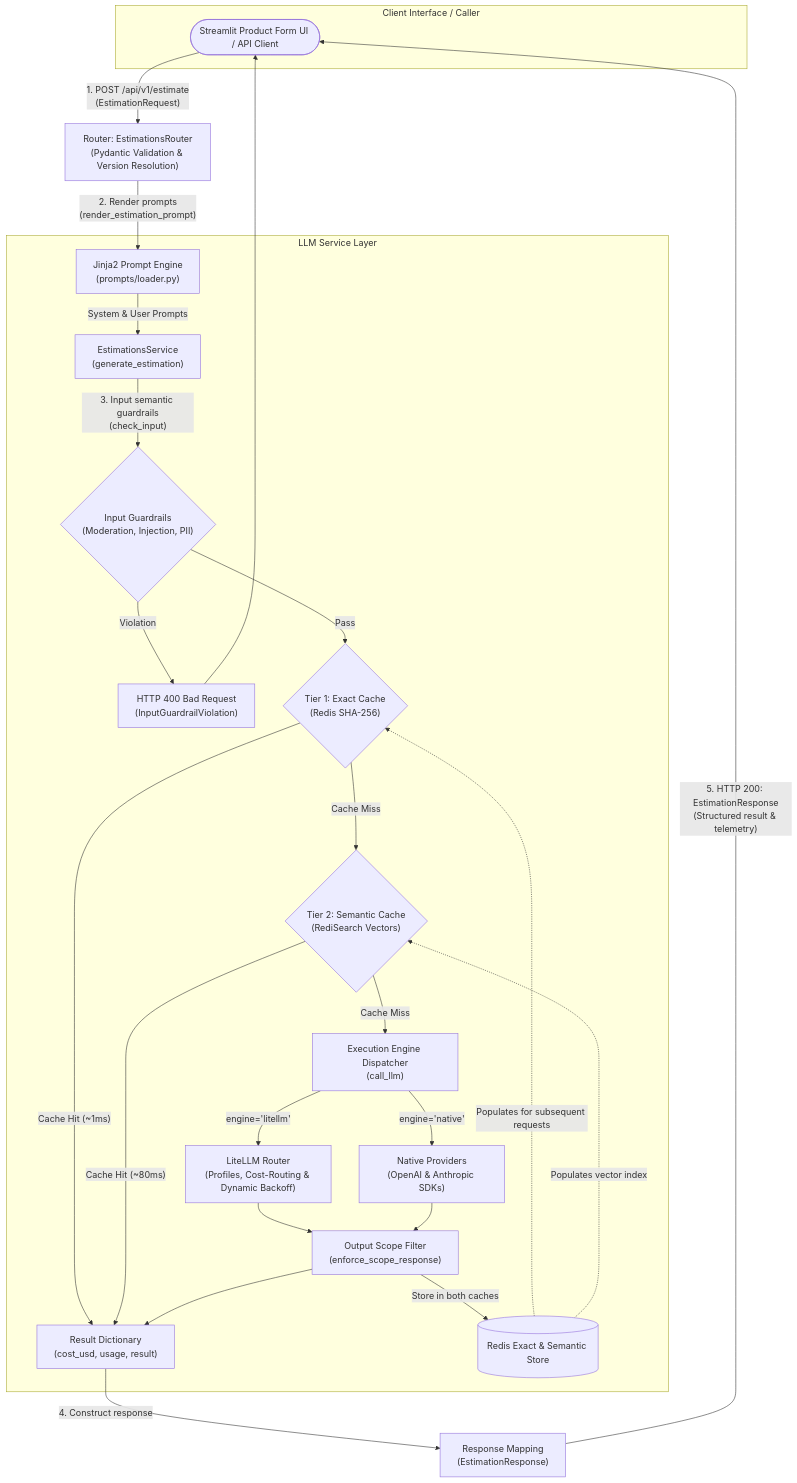
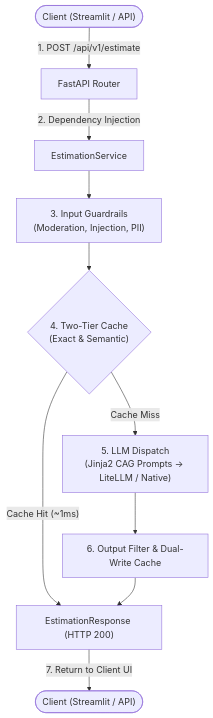
The diagram in README.md (NestorDR/aie-estimator), drawn with Mermaid before and after one commit. The commit also changed other lines of this file and 23 other files, not shown here.

Commit message:
Refactor server initialization and add dependency management for estimation service

````diff
--- a/README.md
+++ b/README.md
@@ -29,34 +30,14 @@
 ```mermaid
 flowchart TD
-    subgraph ClientLayer ["Client Interface / Caller"]
-        Client(["Streamlit Product Form UI / API Client"])
-    end
+    Client(["Client (Streamlit / API)"]) -->|"1. POST /api/v1/estimate"| Router["FastAPI Router"]
+    Router -->|"2. Dependency Injection"| Service["EstimationService"]
+    Service --> Guardrails["3. Input Guardrails\n(Moderation, Injection, PII)"]
+    Guardrails --> Cache{"4. Two-Tier Cache\n(Exact & Semantic)"}
 
-    Client -->|"1. POST /api/v1/estimate\n(EstimationRequest)"| Router["Router: EstimationsRouter\n(Pydantic Validation & Version Resolution)"]
-    Router -->|"2. Render prompts\n(render_estimation_prompt)"| TemplateEngine["Jinja2 Prompt Engine\n(prompts/loader.py)"]
+    Cache -->|"Cache Miss"| LLM["5. LLM Dispatch\n(Jinja2 CAG Prompts → LiteLLM / Native)"]
+    LLM --> OutputGuard["6. Output Filter & Dual-Write Cache"]
 
-    subgraph ServiceLayer ["LLM Service Layer"]
-        TemplateEngine -->|"System & User Prompts"| Service["EstimationsService\n(generate_estimation)"]
-        Service -->|"3. Input semantic guardrails\n(check_input)"| InputGuard{"Input Guardrails\n(Moderation, Injection, PII)"}
-        InputGuard -->|"Violation"| HTTP400["HTTP 400 Bad Request\n(InputGuardrailViolation)"]
-        HTTP400 --> Client
-        InputGuard -->|"Pass"| ExactCacheCheck{"Tier 1: Exact Cache\n(Redis SHA-256)"}
-        ExactCacheCheck -->|"Cache Hit (~1ms)"| ServiceOutput["Result Dictionary\n(cost_usd, usage, result)"]
-        ExactCacheCheck -->|"Cache Miss"| SemanticCacheCheck{"Tier 2: Semantic Cache\n(RediSearch Vectors)"}
-
-        SemanticCacheCheck -->|"Cache Hit (~80ms)"| ServiceOutput
-        SemanticCacheCheck -->|"Cache Miss"| Dispatcher["Execution Engine Dispatcher\n(call_llm)"]
-
-        Dispatcher -->|"engine='litellm'"| LiteLLMRouting["LiteLLM Router\n(Profiles, Cost-Routing & Dynamic Backoff)"]
-        Dispatcher -->|"engine='native'"| NativeProviders["Native Providers\n(OpenAI & Anthropic SDKs)"]
-        LiteLLMRouting --> OutputFilter["Output Scope Filter\n(enforce_scope_response)"]
-        NativeProviders --> OutputFilter
-        OutputFilter -->|"Store in both caches"| CacheStore[("Redis Exact & Semantic Store")]
-        CacheStore -.->|"Populates for subsequent requests"| ExactCacheCheck
-        CacheStore -.->|"Populates vector index"| SemanticCacheCheck
-        OutputFilter --> ServiceOutput
-    end
-
-    ServiceOutput -->|"4. Construct response"| ResponseMapper["Response Mapping\n(EstimationResponse)"]
-    ResponseMapper -->|"5. HTTP 200: EstimationResponse\n(Structured result & telemetry)"| Client
+    Cache -->|"Cache Hit (~1ms)"| Response["EstimationResponse (HTTP 200)"]
+    OutputGuard --> Response
+    Response -->|"7. Return to Client UI"| ClientDone(["Client (Streamlit / API)"])
 ```
````
